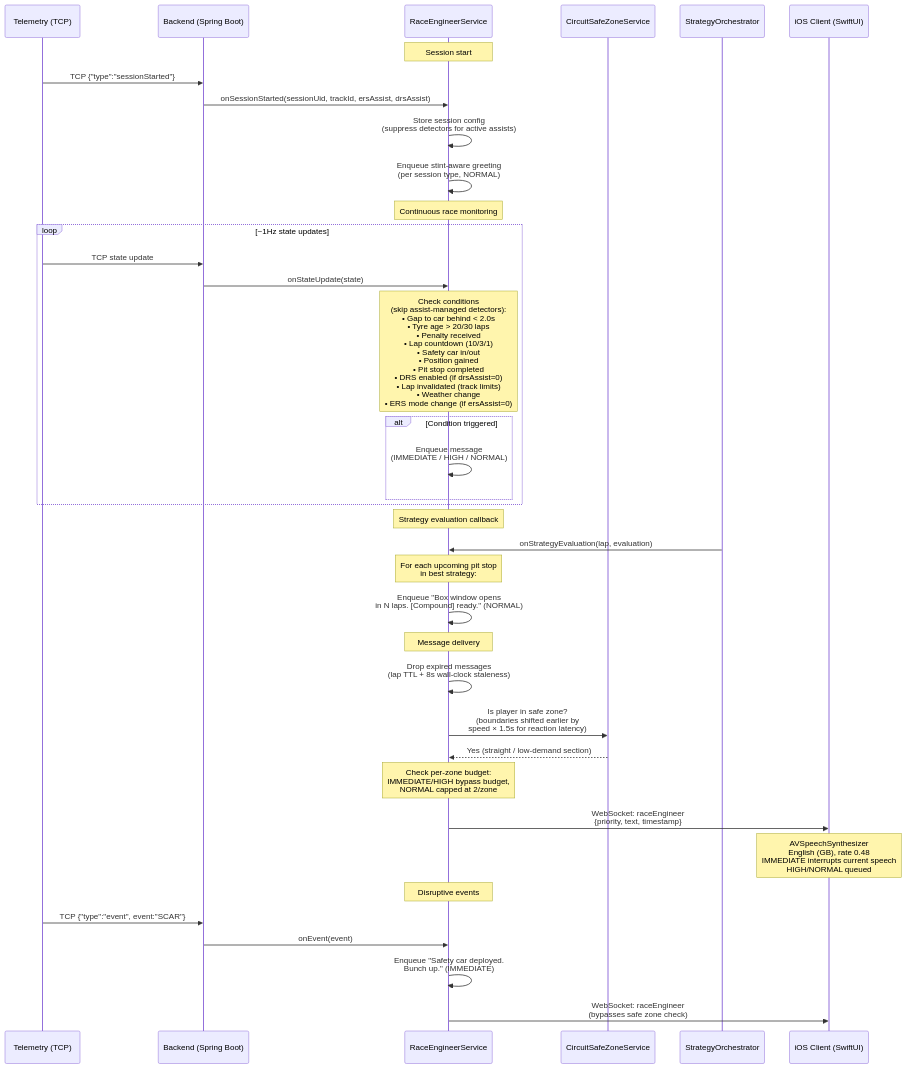
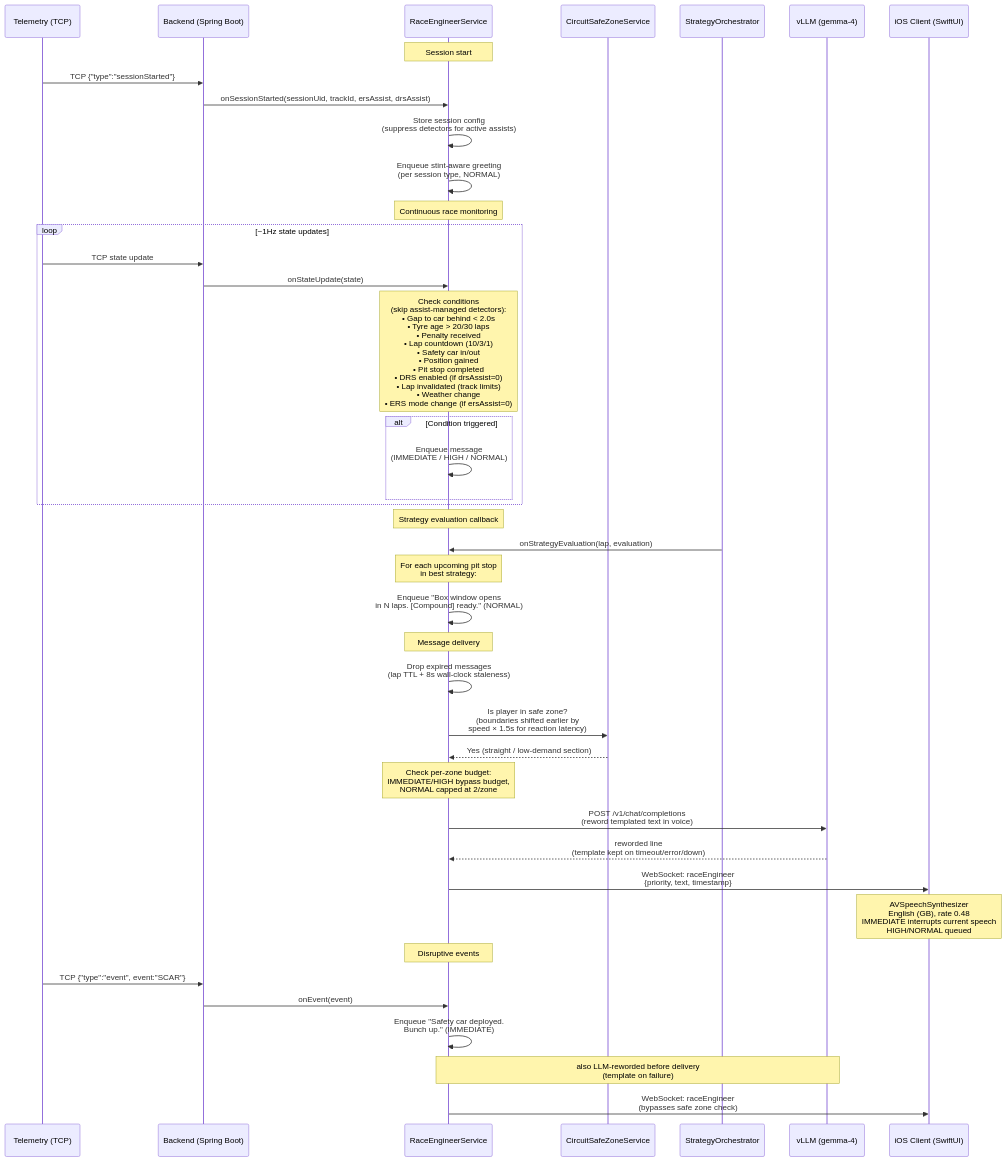
One commit to vmleon/f12025-race-strategy-simulation changed the diagram in design/08-RACE_ENGINEER_VOICE.md. Above: the diagram before and after it, drawn with Mermaid. The commit also changed other lines of this file and 4 other files, not shown here.

Commit message:
docs: document vLLM component across diagrams and chapters

````diff
--- a/design/08-RACE_ENGINEER_VOICE.md
+++ b/design/08-RACE_ENGINEER_VOICE.md
@@ -123,44 +123,48 @@
 ```mermaid
 sequenceDiagram
     participant Telemetry as Telemetry (TCP)
     participant Backend as Backend (Spring Boot)
     participant Eng as RaceEngineerService
     participant SafeZone as CircuitSafeZoneService
     participant StratOrch as StrategyOrchestrator
+    participant LLM as vLLM (gemma-4)
     participant iOS as iOS Client (SwiftUI)
 
     Note over Eng: Session start
     Telemetry->>Backend: TCP {"type":"sessionStarted"}
     Backend->>Eng: onSessionStarted(sessionUid, trackId, ersAssist, drsAssist)
     Eng->>Eng: Store session config<br/>(suppress detectors for active assists)
     Eng->>Eng: Enqueue stint-aware greeting<br/>(per session type, NORMAL)
 
     Note over Eng: Continuous race monitoring
     loop ~1Hz state updates
         Telemetry->>Backend: TCP state update
         Backend->>Eng: onStateUpdate(state)
         Note over Eng: Check conditions<br/>(skip assist-managed detectors):<br/>• Gap to car behind < 2.0s<br/>• Tyre age > 20/30 laps<br/>• Penalty received<br/>• Lap countdown (10/3/1)<br/>• Safety car in/out<br/>• Position gained<br/>• Pit stop completed<br/>• DRS enabled (if drsAssist=0)<br/>• Lap invalidated (track limits)<br/>• Weather change<br/>• ERS mode change (if ersAssist=0)
         alt Condition triggered
             Eng->>Eng: Enqueue message<br/>(IMMEDIATE / HIGH / NORMAL)
         end
     end
 
     Note over Eng: Strategy evaluation callback
     StratOrch->>Eng: onStrategyEvaluation(lap, evaluation)
     Note over Eng: For each upcoming pit stop<br/>in best strategy:
     Eng->>Eng: Enqueue "Box window opens<br/>in N laps. [Compound] ready." (NORMAL)
 
     Note over Eng: Message delivery
     Eng->>Eng: Drop expired messages<br/>(lap TTL + 8s wall-clock staleness)
     Eng->>SafeZone: Is player in safe zone?<br/>(boundaries shifted earlier by<br/>speed × 1.5s for reaction latency)
     SafeZone-->>Eng: Yes (straight / low-demand section)
     Note over Eng: Check per-zone budget:<br/>IMMEDIATE/HIGH bypass budget,<br/>NORMAL capped at 2/zone
+    Eng->>LLM: POST /v1/chat/completions<br/>(reword templated text in voice)
+    LLM-->>Eng: reworded line<br/>(template kept on timeout/error/down)
     Eng->>iOS: WebSocket: raceEngineer<br/>{priority, text, timestamp}
     Note over iOS: AVSpeechSynthesizer<br/>English (GB), rate 0.48<br/>IMMEDIATE interrupts current speech<br/>HIGH/NORMAL queued
 
     Note over Eng: Disruptive events
     Telemetry->>Backend: TCP {"type":"event", event:"SCAR"}
     Backend->>Eng: onEvent(event)
     Eng->>Eng: Enqueue "Safety car deployed.<br/>Bunch up." (IMMEDIATE)
+    Note over Eng,LLM: also LLM-reworded before delivery<br/>(template on failure)
     Eng->>iOS: WebSocket: raceEngineer<br/>(bypasses safe zone check)
 ```
````
